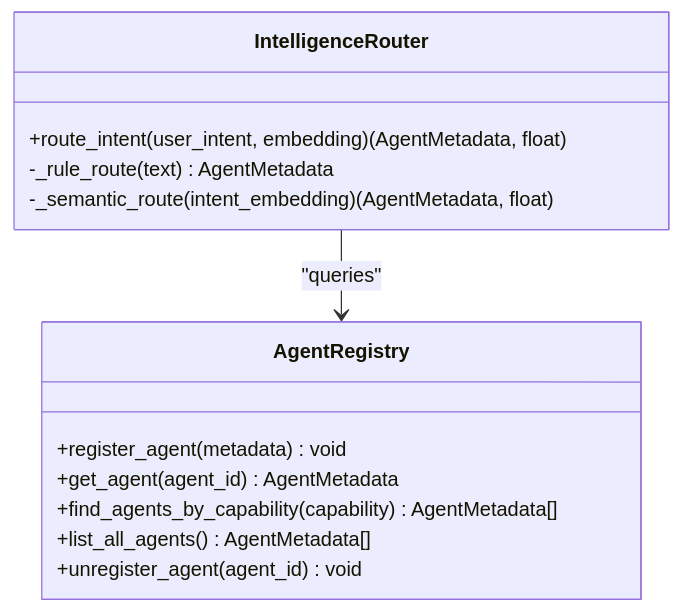
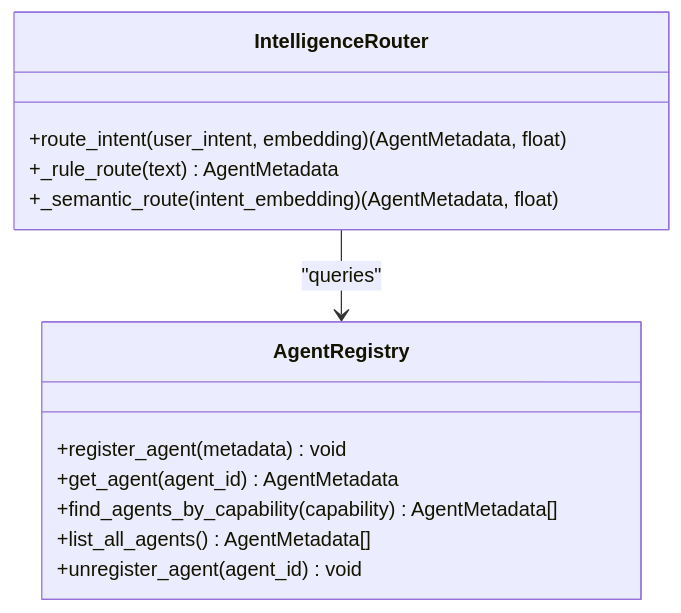
One commit to Moeabdelaziz007/Aether-Voice-OS changed the fourth of 13 diagrams in .qoder/repowiki/en/content/AI Integration Layer/AI Integration Layer.md. Above: the diagram before and after it, drawn with Mermaid. The commit also changed other lines of this file and 29 other files, not shown here.

````diff
--- a/.qoder/repowiki/en/content/AI Integration Layer/AI Integration Layer.md
+++ b/.qoder/repowiki/en/content/AI Integration Layer/AI Integration Layer.md
@@ -209,16 +257,16 @@
 ```mermaid
 classDiagram
 class IntelligenceRouter {
 +route_intent(user_intent, embedding) (AgentMetadata, float)
--_rule_route(text) AgentMetadata
--_semantic_route(intent_embedding) (AgentMetadata, float)
++_rule_route(text) AgentMetadata
++_semantic_route(intent_embedding) (AgentMetadata, float)
 }
 class AgentRegistry {
 +register_agent(metadata) void
 +get_agent(agent_id) AgentMetadata
 +find_agents_by_capability(capability) AgentMetadata[]
 +list_all_agents() AgentMetadata[]
 +unregister_agent(agent_id) void
 }
 IntelligenceRouter --> AgentRegistry : "queries"
 ```
````
